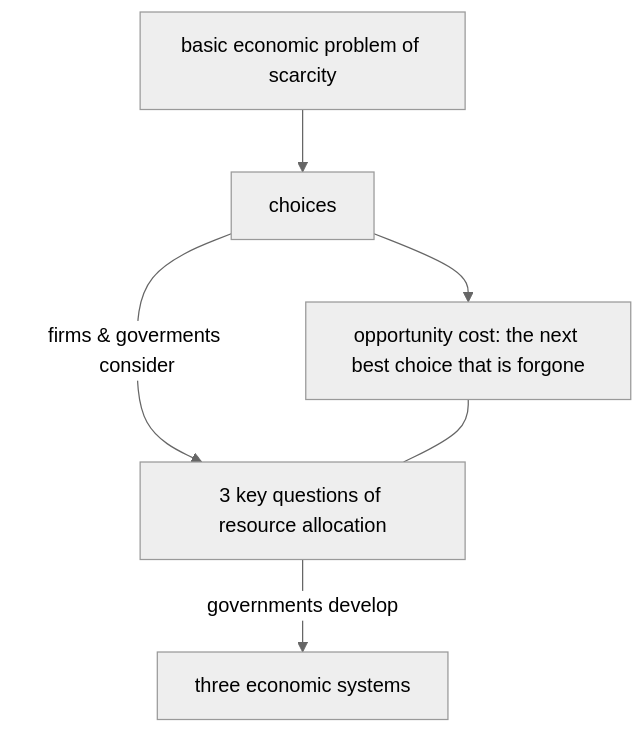
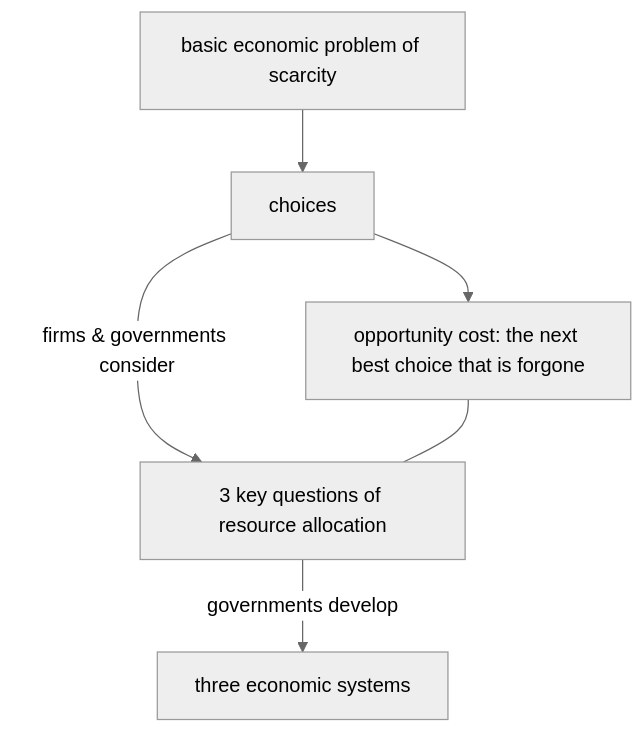
Before and after one commit to xin1z/IGCSE-Notes: the first of 2 diagrams in Economics/2. The Allocation of Resources/2.1 The role of markets in allocating resources.md, drawn with Mermaid (neutral theme). The commit also changed other lines of this file and 2 other files, not shown here.

````diff
--- a/Economics/2. The Allocation of Resources/2.1 The role of markets in allocating resources.md
+++ b/Economics/2. The Allocation of Resources/2.1 The role of markets in allocating resources.md
@@ -16,9 +16,9 @@
 ```mermaid
 flowchart TD
 A[basic economic problem of scarcity]
 	A --> B[choices]
 	B --> C[opportunity cost: the next best choice that is forgone]
-	B -->|firms & goverments consider| D[3 key questions of resource allocation]
+	B -->|firms & governments consider| D[3 key questions of resource allocation]
 	C --- D
 	D -->|governments develop| E[three economic systems]
 ```
````
